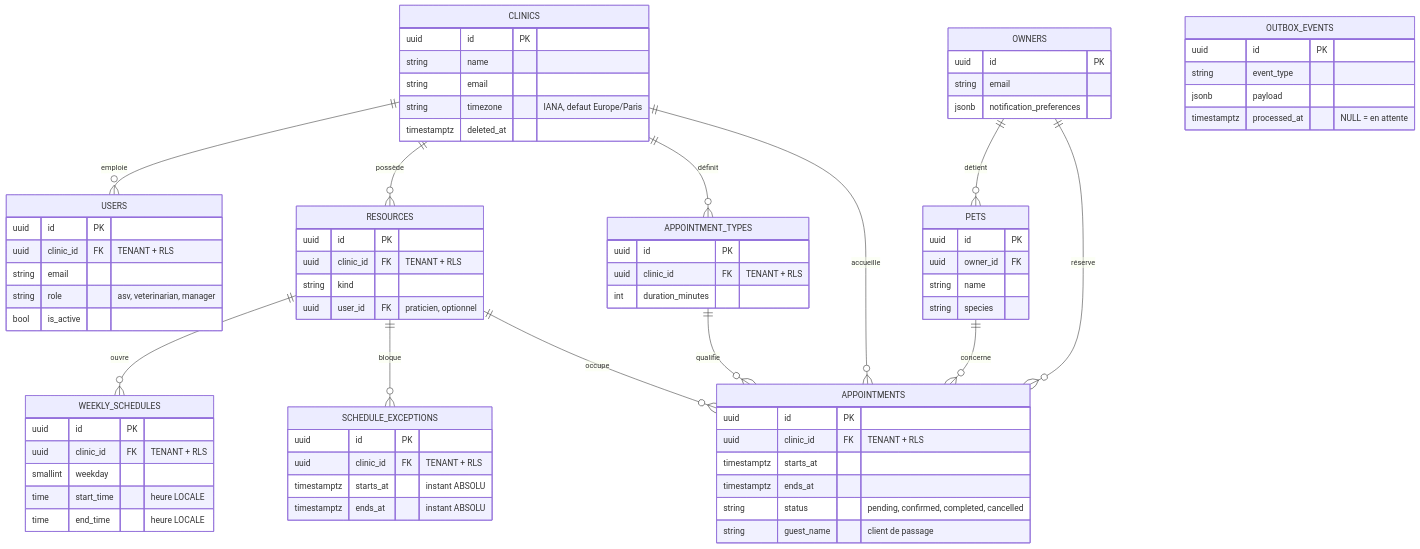
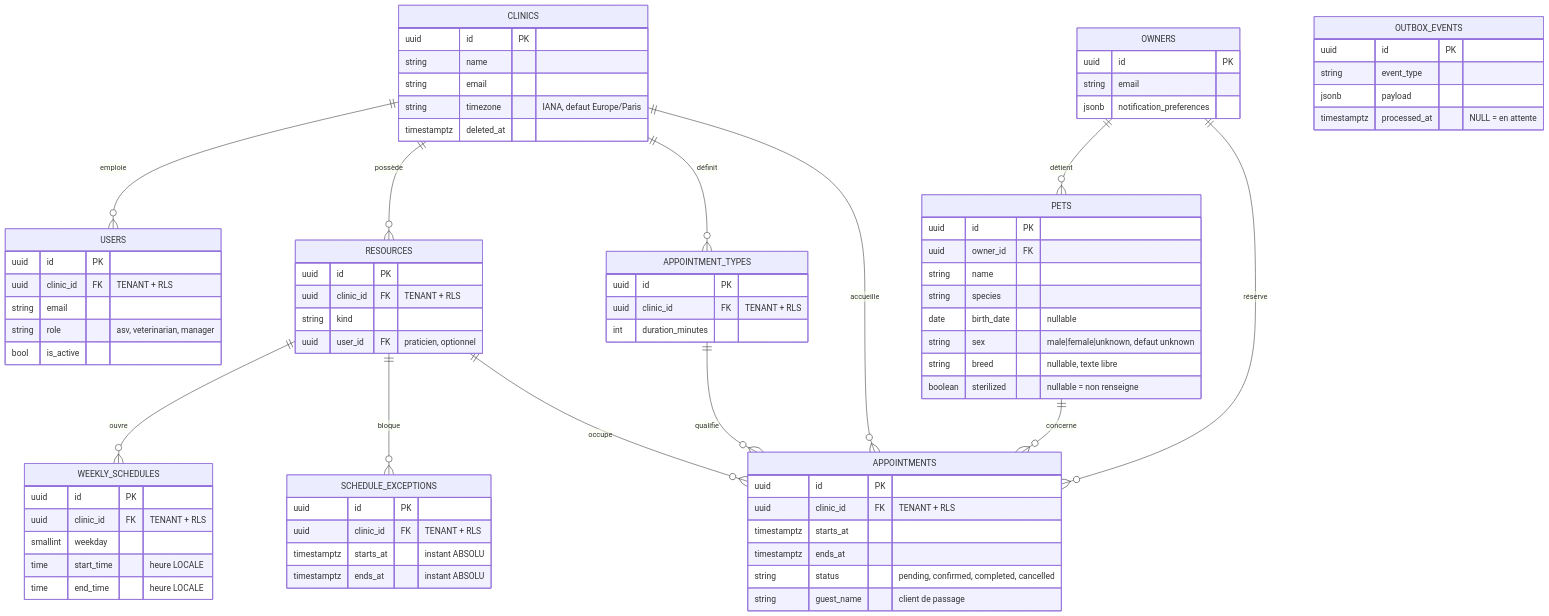
Before and after one commit to kederiku/VetLib: the diagram in documentation/docs/architecture/modele-de-donnees.md, drawn with Mermaid. The commit also changed 144 other files, not shown here.

````diff
--- a/documentation/docs/architecture/modele-de-donnees.md
+++ b/documentation/docs/architecture/modele-de-donnees.md
@@ -13,78 +13,82 @@
 ```mermaid
 erDiagram
   CLINICS   ||--o{ USERS             : "emploie"
   CLINICS   ||--o{ RESOURCES         : "possède"
   CLINICS   ||--o{ APPOINTMENT_TYPES : "définit"
   CLINICS   ||--o{ APPOINTMENTS      : "accueille"
   RESOURCES ||--o{ WEEKLY_SCHEDULES  : "ouvre"
   RESOURCES ||--o{ SCHEDULE_EXCEPTIONS : "bloque"
   RESOURCES ||--o{ APPOINTMENTS      : "occupe"
   APPOINTMENT_TYPES ||--o{ APPOINTMENTS : "qualifie"
   OWNERS    ||--o{ PETS              : "détient"
   OWNERS    ||--o{ APPOINTMENTS      : "réserve"
   PETS      ||--o{ APPOINTMENTS      : "concerne"
 
   CLINICS {
     uuid id PK
     string name
     string email
     string timezone "IANA, defaut Europe/Paris"
     timestamptz deleted_at
   }
   USERS {
     uuid id PK
     uuid clinic_id FK "TENANT + RLS"
     string email
     string role "asv, veterinarian, manager"
     bool is_active
   }
   OWNERS {
     uuid id PK
     string email
     jsonb notification_preferences
   }
   PETS {
     uuid id PK
     uuid owner_id FK
     string name
     string species
+    date birth_date "nullable"
+    string sex "male|female|unknown, defaut unknown"
+    string breed "nullable, texte libre"
+    boolean sterilized "nullable = non renseigne"
   }
   RESOURCES {
     uuid id PK
     uuid clinic_id FK "TENANT + RLS"
     string kind
     uuid user_id FK "praticien, optionnel"
   }
   WEEKLY_SCHEDULES {
     uuid id PK
     uuid clinic_id FK "TENANT + RLS"
     smallint weekday
     time start_time "heure LOCALE"
     time end_time "heure LOCALE"
   }
   SCHEDULE_EXCEPTIONS {
     uuid id PK
     uuid clinic_id FK "TENANT + RLS"
     timestamptz starts_at "instant ABSOLU"
     timestamptz ends_at "instant ABSOLU"
   }
   APPOINTMENT_TYPES {
     uuid id PK
     uuid clinic_id FK "TENANT + RLS"
     int duration_minutes
   }
   APPOINTMENTS {
     uuid id PK
     uuid clinic_id FK "TENANT + RLS"
     timestamptz starts_at
     timestamptz ends_at
     string status "pending, confirmed, completed, cancelled"
     string guest_name "client de passage"
   }
   OUTBOX_EVENTS {
     uuid id PK
     string event_type
     jsonb payload
     timestamptz processed_at "NULL = en attente"
   }
 ```
````
